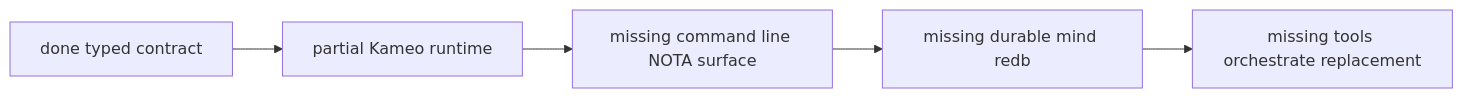
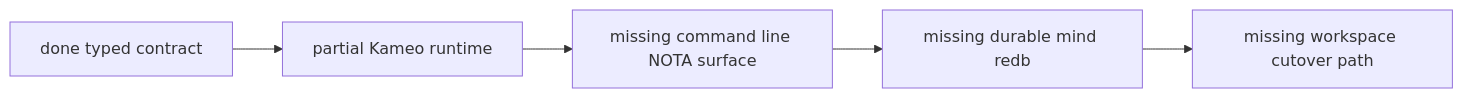
One commit to LiGoldragon/primary changed the first of 13 diagrams in reports/operator/105-command-line-mind-architecture-survey.md. Above: the diagram before and after it, drawn with Mermaid. The commit also changed other lines of this file and 3 other files, not shown here.

Commit message:
docs: settle command-line mind architecture

````diff
--- a/reports/operator/105-command-line-mind-architecture-survey.md
+++ b/reports/operator/105-command-line-mind-architecture-survey.md
@@ -32,7 +32,7 @@
 ```mermaid
-flowchart LR
+graph LR
     contract[done typed contract] --> runtime[partial Kameo runtime]
     runtime --> text[missing command line NOTA surface]
     text --> store[missing durable mind redb]
-    store --> shim[missing tools orchestrate replacement]
+    store --> cutover[missing workspace cutover path]
 ```
````
